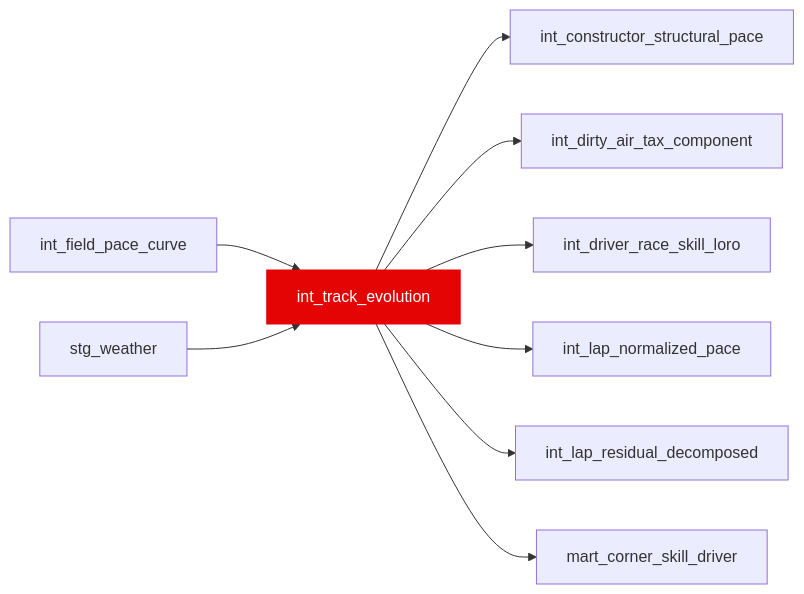
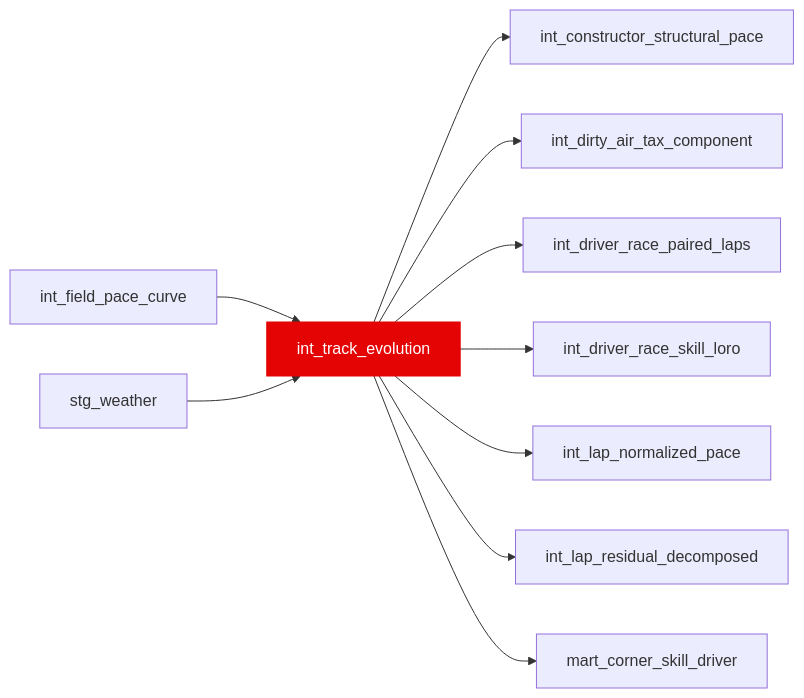
Before and after one commit to JustinClarke/off-the-pace: the diagram in docs/reference/models/int/int_track_evolution.mdx, drawn with Mermaid. The commit also changed 286 other files, not shown here.

````diff
--- a/docs/reference/models/int/int_track_evolution.mdx
+++ b/docs/reference/models/int/int_track_evolution.mdx
@@ -15,12 +15,13 @@
 ```mermaid
 flowchart LR
   int_field_pace_curve --> int_track_evolution
   stg_weather --> int_track_evolution
   int_track_evolution --> int_constructor_structural_pace
   int_track_evolution --> int_dirty_air_tax_component
+  int_track_evolution --> int_driver_race_paired_laps
   int_track_evolution --> int_driver_race_skill_loro
   int_track_evolution --> int_lap_normalized_pace
   int_track_evolution --> int_lap_residual_decomposed
   int_track_evolution --> mart_corner_skill_driver
   style int_track_evolution fill:#e40404,stroke:#e40404,color:#fff
 ```
````
